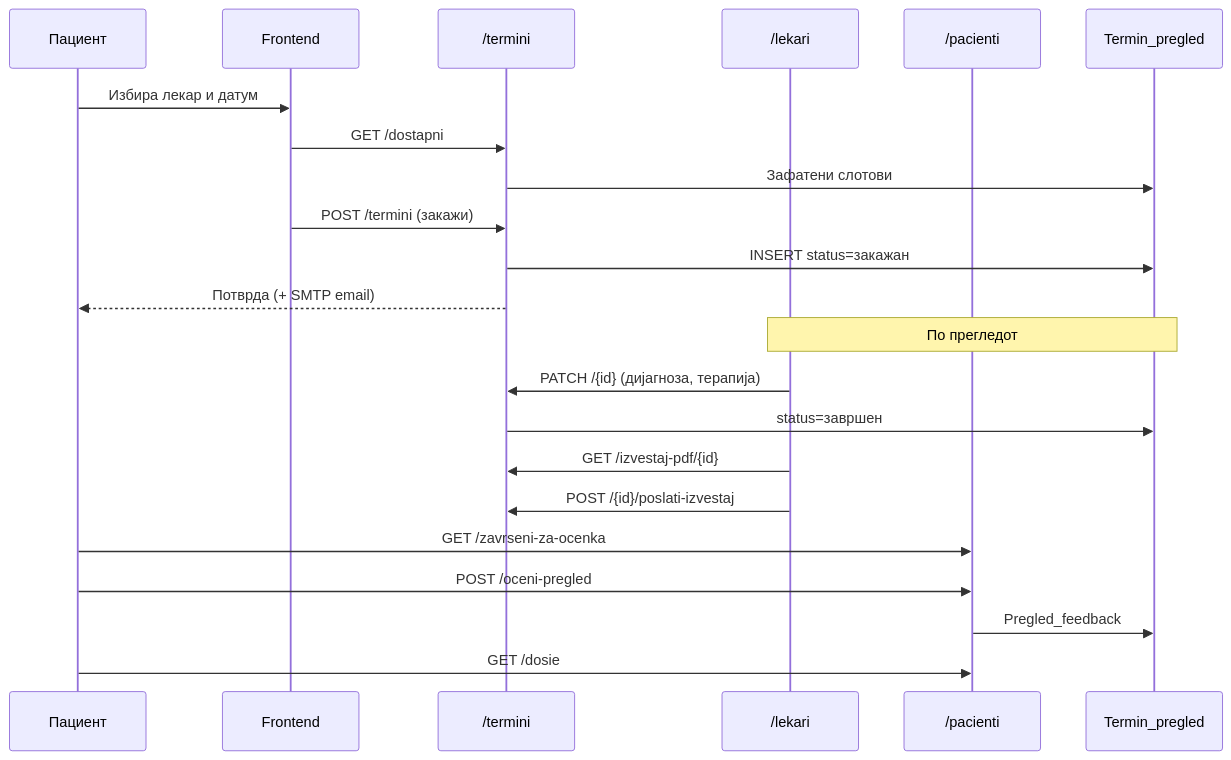
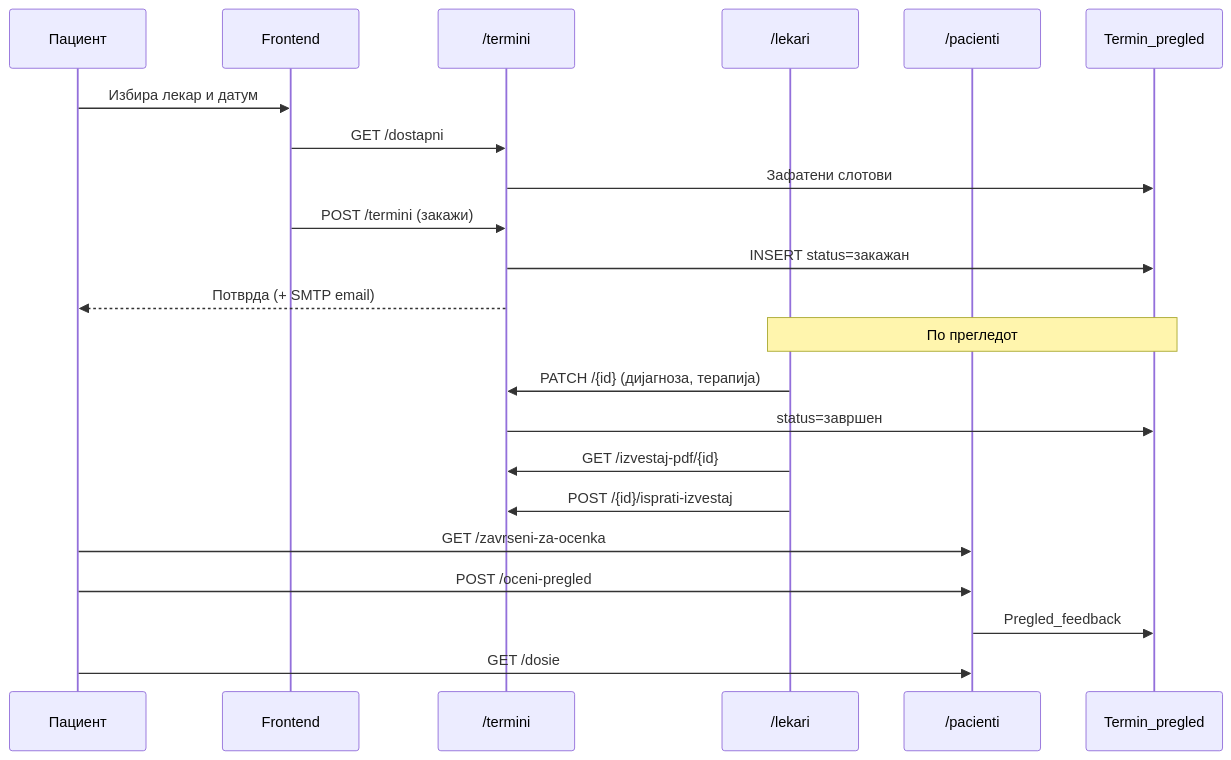
The second of 2 diagrams in docs/backend/pregled.md (eftimovdaniel/Klinicka_Bolnica), drawn with Mermaid before and after one commit. The commit also changed other lines of this file and 5 other files, not shown here.

````diff
--- a/docs/backend/pregled.md
+++ b/docs/backend/pregled.md
@@ -285,27 +285,27 @@
 ```mermaid
 sequenceDiagram
     participant P as Пациент
     participant F as Frontend
     participant T as /termini
     participant L as /lekari
     participant Pa as /pacienti
     participant DB as Termin_pregled
 
     P->>F: Избира лекар и датум
     F->>T: GET /dostapni
     T->>DB: Зафатени слотови
     F->>T: POST /termini (закажи)
     T->>DB: INSERT status=закажан
     T-->>P: Потврда (+ SMTP email)
 
     Note over L,DB: По прегледот
     L->>T: PATCH /{id} (дијагноза, терапија)
     T->>DB: status=завршен
     L->>T: GET /izvestaj-pdf/{id}
-    L->>T: POST /{id}/poslati-izvestaj
+    L->>T: POST /{id}/isprati-izvestaj
 
     P->>Pa: GET /zavrseni-za-ocenka
     P->>Pa: POST /oceni-pregled
     Pa->>DB: Pregled_feedback
     P->>Pa: GET /dosie
 ```
````
